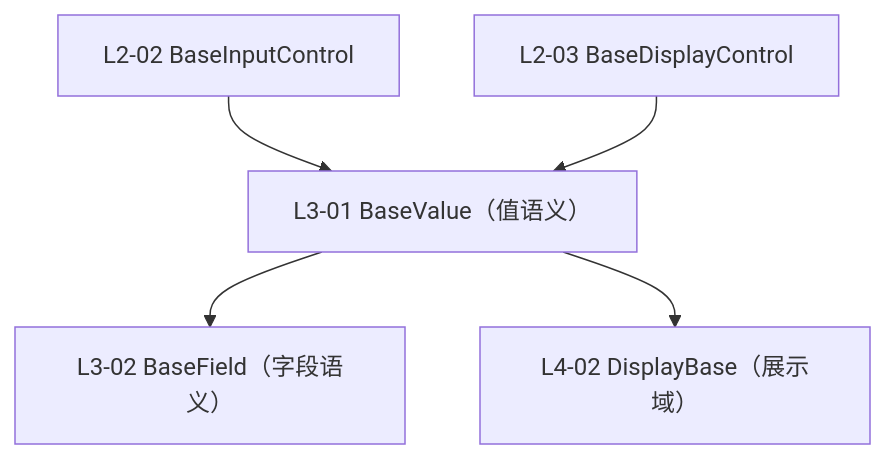
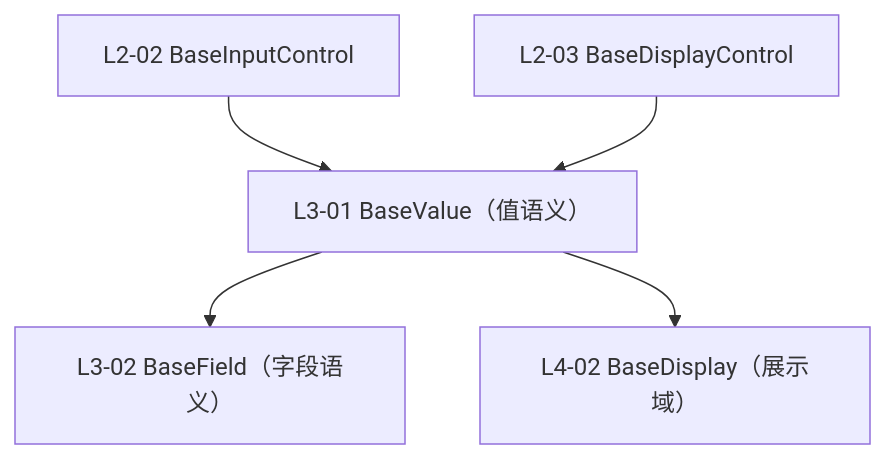
One commit to minjian123/basic-management-system changed the diagram in bms文档/设计/组件设计/02_基础组件类/L3_受控值与字段基类/01_组件设计_受控值基类/01_组件设计_受控值基类.md. Above: the diagram before and after it, drawn with Mermaid. The commit also changed other lines of this file and 14 other files, not shown here.

Commit message:
docs(规范): 统一基类命名规则并重命名 DisplayBase 为 BaseDisplay

````diff
--- a/bms文档/设计/组件设计/02_基础组件类/L3_受控值与字段基类/01_组件设计_受控值基类/01_组件设计_受控值基类.md
+++ b/bms文档/设计/组件设计/02_基础组件类/L3_受控值与字段基类/01_组件设计_受控值基类/01_组件设计_受控值基类.md
@@ -17,7 +17,7 @@
 ```mermaid
 flowchart TD
     IC["L2-02 BaseInputControl"] --> V["L3-01 BaseValue（值语义）"]
     DC["L2-03 BaseDisplayControl"] --> V
     V --> F["L3-02 BaseField（字段语义）"]
-    V --> D["L4-02 DisplayBase（展示域）"]
+    V --> D["L4-02 BaseDisplay（展示域）"]
 ```
````
